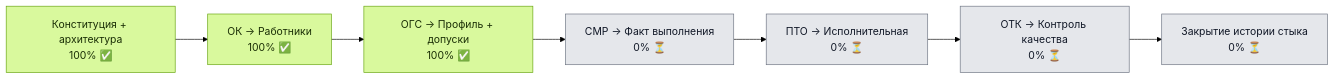
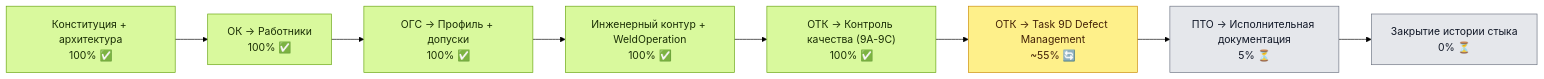
The first of 2 diagrams in docs/project/PROJECT_EXECUTION_MAP.md (fishc7/WeldPassport), drawn with Mermaid (forest theme) before and after one commit. The commit also changed other lines of this file and 24 other files, not shown here.

````diff
--- a/docs/project/PROJECT_EXECUTION_MAP.md
+++ b/docs/project/PROJECT_EXECUTION_MAP.md
@@ -7,15 +8,18 @@
 ```mermaid
 flowchart LR
     A["Конституция + архитектура<br/>100% ✅"] --> B["ОК → Работники<br/>100% ✅"]
     B --> C["ОГС → Профиль + допуски<br/>100% ✅"]
-    C --> D["СМР → Факт выполнения<br/>0% ⏳"]
-    D --> E["ПТО → Исполнительная<br/>0% ⏳"]
-    E --> F["ОТК → Контроль качества<br/>0% ⏳"]
-    F --> G["Закрытие истории стыка<br/>0% ⏳"]
+    C --> D["Инженерный контур + WeldOperation<br/>100% ✅"]
+    D --> E["ОТК → Контроль качества (9A-9C)<br/>100% ✅"]
+    E --> F["ОТК → Task 9D Defect Management<br/>~55% 🔄"]
+    F --> G["ПТО → Исполнительная документация<br/>5% ⏳"]
+    G --> H["Закрытие истории стыка<br/>0% ⏳"]
 
     classDef done fill:#d9f99d,stroke:#65a30d,color:#1a2e05;
+    classDef progress fill:#fef08a,stroke:#ca8a04,color:#422006;
     classDef planned fill:#e5e7eb,stroke:#6b7280,color:#111827;
 
-    class A,B,C done;
-    class D,E,F,G planned;
+    class A,B,C,D,E done;
+    class F progress;
+    class G,H planned;
 ```
````
